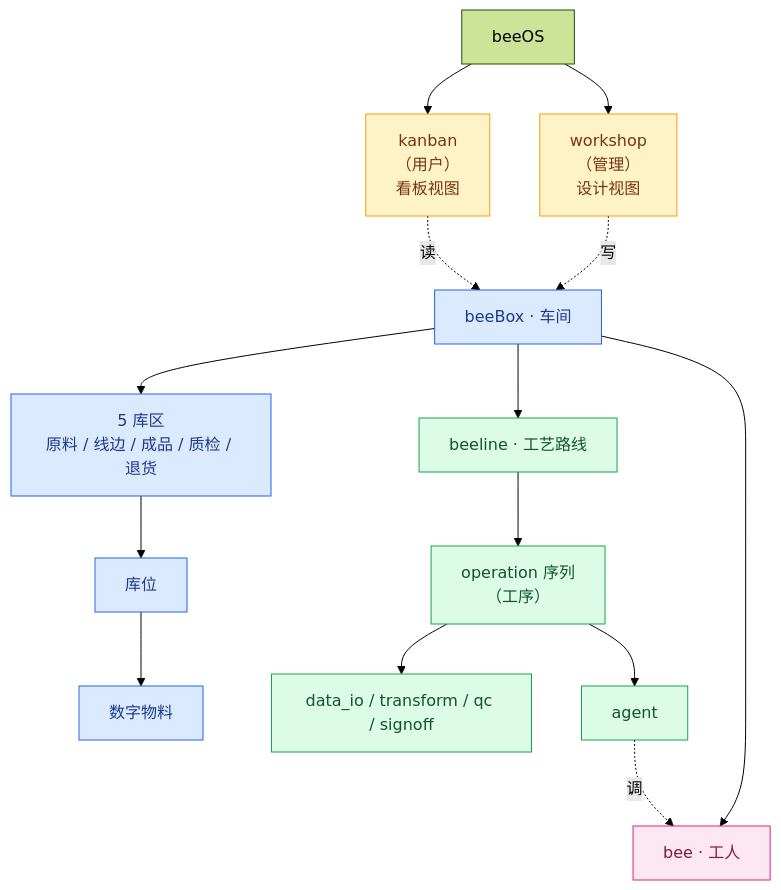
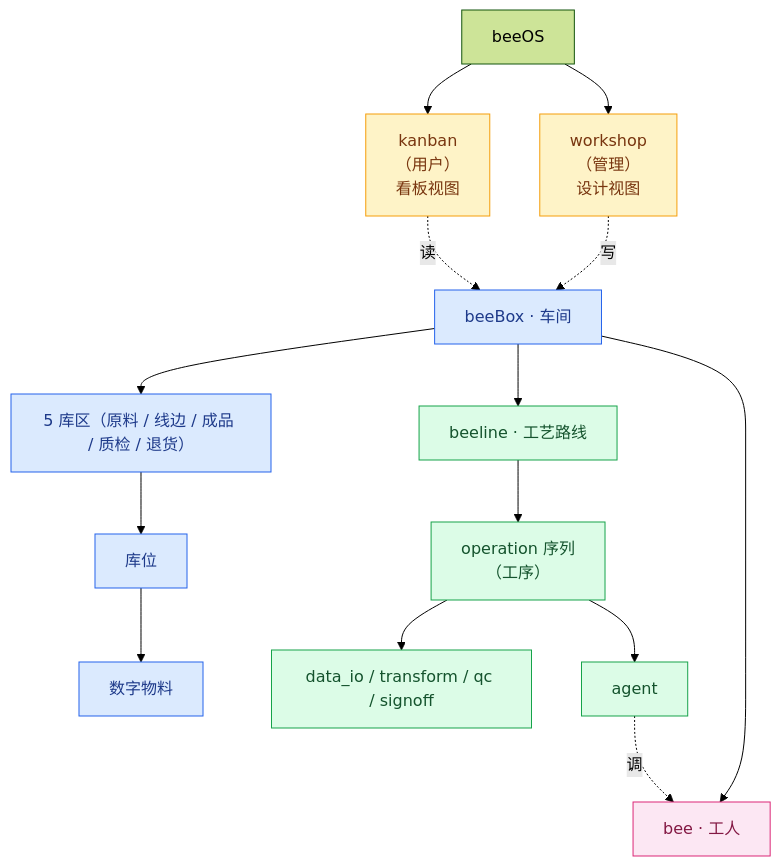
The first of 4 diagrams in docs/architecture/kernel-design.md (chehuizi/beeOS), drawn with Mermaid (forest theme) before and after one commit.

Commit message:
docs: §1 关系总览图节点合并一行——'5 库区'节点去 <br/>

````diff
--- a/docs/architecture/kernel-design.md
+++ b/docs/architecture/kernel-design.md
@@ -15,42 +15,42 @@
 ```mermaid
 graph TB
     beeOS["beeOS"]
 
     kanban["kanban<br/>（用户）<br/>看板视图"]
     workshop["workshop<br/>（管理）<br/>设计视图"]
 
     beeBox["beeBox · 车间"]
-    zones["5 库区<br/>原料 / 线边 / 成品 / 质检 / 退货"]
+    zones["5 库区（原料 / 线边 / 成品 / 质检 / 退货）"]
     locations["库位"]
     materials["数字物料"]
     beeline["beeline · 工艺路线"]
     operations["operation 序列<br/>（工序）"]
     opBasic["data_io / transform / qc / signoff"]
     opAgent["agent"]
     bee["bee · 工人"]
 
     beeOS --> kanban
     beeOS --> workshop
     kanban -.读.-> beeBox
     workshop -.写.-> beeBox
 
     beeBox --> zones
     beeBox --> beeline
     beeBox --> bee
     zones --> locations
     locations --> materials
     beeline --> operations
     operations --> opBasic
     operations --> opAgent
     opAgent -.调.-> bee
 
     classDef console fill:#fef3c7,stroke:#f59e0b,color:#78350f
     classDef box fill:#dbeafe,stroke:#2563eb,color:#1e3a8a
     classDef flow fill:#dcfce7,stroke:#16a34a,color:#14532d
     classDef worker fill:#fce7f3,stroke:#db2777,color:#831843
 
     class kanban,workshop console
     class beeBox,zones,locations,materials box
     class beeline,operations,opBasic,opAgent flow
     class bee worker
 ```
````
